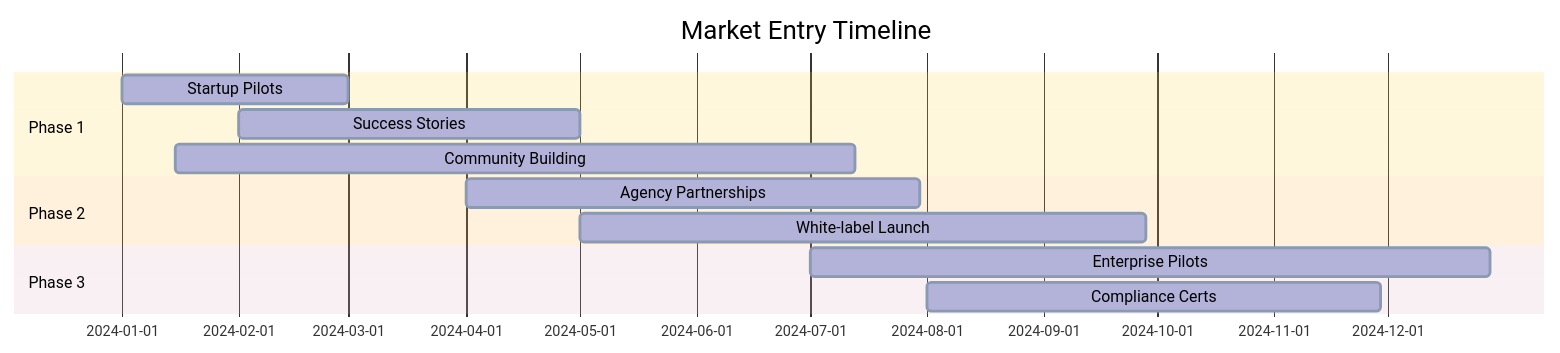
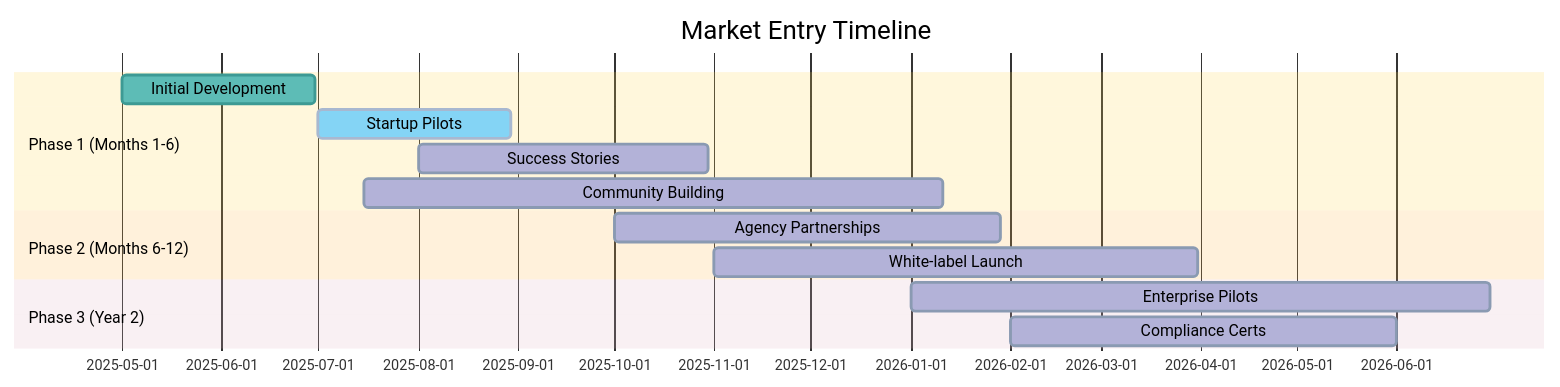
The sixth of 7 diagrams in business-documents/market-analysis/07-market-opportunities.md (o2alexanderfedin/AI-Hive-Business-Docs), drawn with Mermaid before and after one commit. The commit also changed 2 other files, not shown here.

Commit message:
Fix timeline assumptions - AI Swarm is 2 months old
- Updated README roadmap to reflect May 2025 founding (2 months ago)
- Fixed Market Entry Timeline Gantt chart with accurate dates
- Added note to revenue projections clarifying they're from current position
- Updated all "Year 1/3/5" labels to include actual dates (May 2026/2028/2030)
- Marked "Initial Development" as done in Gantt chart
- Marked "Startup Pilots" as active (current phase)
- Removed incorrect references to 2024 launch dates

🤖 Generated with [Claude Code](https://claude.ai/code)

````diff
--- a/business-documents/market-analysis/07-market-opportunities.md
+++ b/business-documents/market-analysis/07-market-opportunities.md
@@ -534,77 +534,78 @@
 ```mermaid
 %%{init: {
   'theme': 'base',
   'themeVariables': {
     'primaryColor': '#A8B8D0',
     'primaryTextColor': '#000000',
     'primaryBorderColor': '#8A9AB2',
     'lineColor': '#8A9AB2',
     'secondaryColor': '#5DBCB6',
     'secondaryTextColor': '#000000',
     'secondaryBorderColor': '#3D9A94',
     'tertiaryColor': '#84D4F5',
     'tertiaryTextColor': '#000000',
     'tertiaryBorderColor': '#5ABCD8',
     'background': '#F5F5F5',
     'mainBkg': '#A8B8D0',
     'secondBkg': '#5DBCB6',
     'tertiaryBkg': '#84D4F5',
     'mainContrastColor': '#000000',
     'darkMode': false,
     'fontFamily': 'Arial, sans-serif',
     'fontSize': '14px',
     'labelBackground': '#E8E8E8',
     'textColor': '#000000',
     'nodeBkg': '#B3B2D8',
     'nodeTextColor': '#000000',
     'nodeBorder': '#8A89C0',
     'clusterBkg': '#E5C4CA',
     'clusterBorder': '#CDA2AB',
     'defaultLinkColor': '#8A9AB2',
     'titleColor': '#000000',
     'edgeLabelBackground': '#F5F5F5',
     'actorBorder': '#8A9AB2',
     'actorBkg': '#B3B2D8',
     'actorTextColor': '#000000',
     'actorLineColor': '#8A9AB2',
     'signalColor': '#000000',
     'signalTextColor': '#000000',
     'activationBorderColor': '#8A9AB2',
     'activationBkgColor': '#E5C4CA',
     'sequenceNumberColor': '#000000',
     'sectionBkgColor': '#FFD54F',
     'altSectionBkgColor': '#FFB74D',
     'sectionBkgColor2': '#E1B3C4',
     'taskBorderColor': '#8A9AB2',
     'taskBkgColor': '#B3B2D8',
     'taskTextColor': '#000000',
     'taskTextLightColor': '#000000',
     'taskTextOutsideColor': '#000000',
     'taskTextClickableColor': '#000000',
     'activeTaskBorderColor': '#A8B8D0',
     'activeTaskBkgColor': '#84D4F5',
     'gridColor': '#C0C0C0',
     'doneTaskBkgColor': '#5DBCB6',
     'doneTaskBorderColor': '#3D9A94',
     'critBorderColor': '#E27D00',
     'critBkgColor': '#FFB74D',
     'todayLineColor': '#E27D00',
     'labelColor': '#000000',
     'errorBkgColor': '#E1B3C4',
     'errorTextColor': '#000000'
   }
 }}%%
 gantt
     title Market Entry Timeline
     dateFormat  YYYY-MM-DD
-    section Phase 1
-    Startup Pilots          :2024-01-01, 60d
-    Success Stories         :2024-02-01, 90d
-    Community Building      :2024-01-15, 180d
-    section Phase 2
-    Agency Partnerships     :2024-04-01, 120d
-    White-label Launch      :2024-05-01, 150d
-    section Phase 3
-    Enterprise Pilots       :2024-07-01, 180d
-    Compliance Certs        :2024-08-01, 120d
+    section Phase 1 (Months 1-6)
+    Initial Development     :done, 2025-05-01, 60d
+    Startup Pilots          :active, 2025-07-01, 60d
+    Success Stories         :2025-08-01, 90d
+    Community Building      :2025-07-15, 180d
+    section Phase 2 (Months 6-12)
+    Agency Partnerships     :2025-10-01, 120d
+    White-label Launch      :2025-11-01, 150d
+    section Phase 3 (Year 2)
+    Enterprise Pilots       :2026-01-01, 180d
+    Compliance Certs        :2026-02-01, 120d
 ```
````
